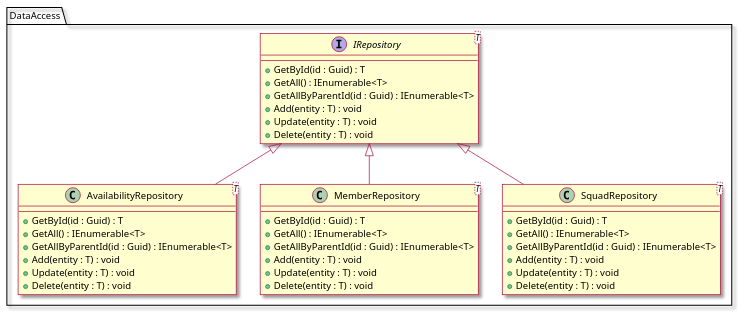
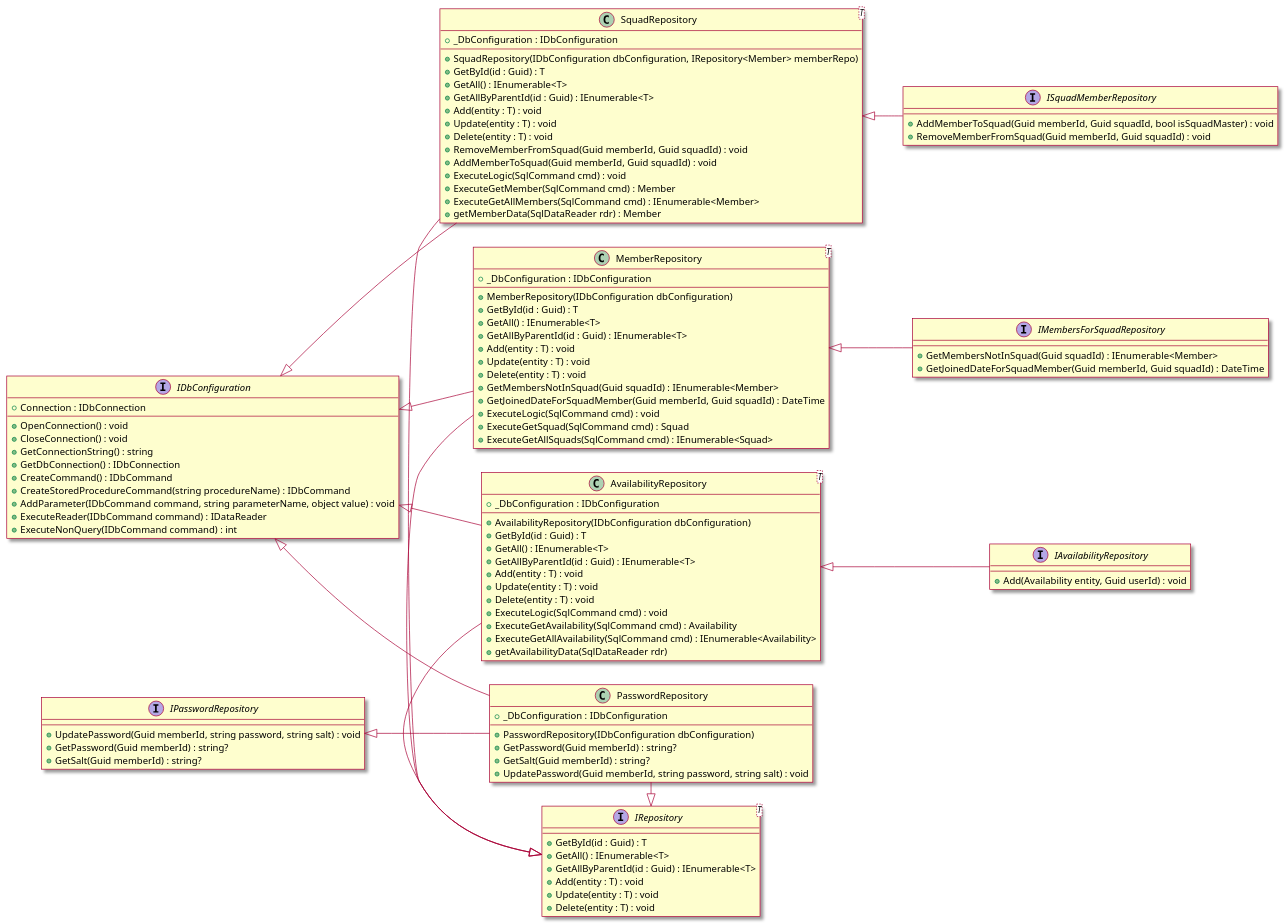
One commit to dhilbmann/ScheduSquad changed the diagram in plantuml/ClassDiagrams/RepositoryClassDiagram.plantuml. Above: the diagram before and after it, drawn with PlantUML. The commit also changed 4 other files, not shown here.

Commit message:
Updates diagrams for final paper

```diff
--- a/plantuml/ClassDiagrams/RepositoryClassDiagram.plantuml
+++ b/plantuml/ClassDiagrams/RepositoryClassDiagram.plantuml
@@ -1,45 +1,118 @@
 @startuml RepositoryClassDiagram
 
 skin rose
+left to right direction
 
-interface DataAccess.IRepository<T> {
+interface IRepository<T> {
     +GetById(id : Guid) : T
     +GetAll() : IEnumerable<T>
     +GetAllByParentId(id : Guid) : IEnumerable<T>
     +Add(entity : T) : void
     +Update(entity : T) : void
     +Delete(entity : T) : void
 }
 
-class DataAccess.AvailabilityRepository<T> {
+interface IPasswordRepository {
+    +UpdatePassword(Guid memberId, string password, string salt) : void
+    +GetPassword(Guid memberId) : string?
+    +GetSalt(Guid memberId) : string? 
+}
+
+interface IDbConfiguration {
+    +Connection : IDbConnection
+    +OpenConnection() : void
+    +CloseConnection() : void
+    +GetConnectionString() : string
+    +GetDbConnection() : IDbConnection
+    +CreateCommand() : IDbCommand
+    +CreateStoredProcedureCommand(string procedureName) : IDbCommand
+    +AddParameter(IDbCommand command, string parameterName, object value) : void
+    +ExecuteReader(IDbCommand command) : IDataReader
+    +ExecuteNonQuery(IDbCommand command) : int
+}
+
+interface IAvailabilityRepository {
+    +Add(Availability entity, Guid userId) : void
+}
+
+interface IMembersForSquadRepository {
+    +GetMembersNotInSquad(Guid squadId) : IEnumerable<Member>
+    +GetJoinedDateForSquadMember(Guid memberId, Guid squadId) : DateTime
+}
+
+interface ISquadMemberRepository {
+    +AddMemberToSquad(Guid memberId, Guid squadId, bool isSquadMaster) : void
+    +RemoveMemberFromSquad(Guid memberId, Guid squadId) : void
+}
+
+class AvailabilityRepository<T> {
+    +_DbConfiguration : IDbConfiguration
+    +AvailabilityRepository(IDbConfiguration dbConfiguration)
     +GetById(id : Guid) : T
     +GetAll() : IEnumerable<T>
     +GetAllByParentId(id : Guid) : IEnumerable<T>
     +Add(entity : T) : void
     +Update(entity : T) : void
     +Delete(entity : T) : void
+    +ExecuteLogic(SqlCommand cmd) : void
+    +ExecuteGetAvailability(SqlCommand cmd) : Availability
+    +ExecuteGetAllAvailability(SqlCommand cmd) : IEnumerable<Availability>
+    +getAvailabilityData(SqlDataReader rdr)
 }
 
-class DataAccess.MemberRepository<T> {
+class MemberRepository<T> {
+    +_DbConfiguration : IDbConfiguration
+    +MemberRepository(IDbConfiguration dbConfiguration)
     +GetById(id : Guid) : T
     +GetAll() : IEnumerable<T>
     +GetAllByParentId(id : Guid) : IEnumerable<T>
     +Add(entity : T) : void
     +Update(entity : T) : void
     +Delete(entity : T) : void
+    +GetMembersNotInSquad(Guid squadId) : IEnumerable<Member>
+    +GetJoinedDateForSquadMember(Guid memberId, Guid squadId) : DateTime
+    +ExecuteLogic(SqlCommand cmd) : void
+    +ExecuteGetSquad(SqlCommand cmd) : Squad
+    +ExecuteGetAllSquads(SqlCommand cmd) : IEnumerable<Squad>
+
 }
 
-class DataAccess.SquadRepository<T> {
+class SquadRepository<T> {
+    +_DbConfiguration : IDbConfiguration
+    +SquadRepository(IDbConfiguration dbConfiguration, IRepository<Member> memberRepo)
     +GetById(id : Guid) : T
     +GetAll() : IEnumerable<T>
     +GetAllByParentId(id : Guid) : IEnumerable<T>
     +Add(entity : T) : void
     +Update(entity : T) : void
     +Delete(entity : T) : void
+    +RemoveMemberFromSquad(Guid memberId, Guid squadId) : void
+    +AddMemberToSquad(Guid memberId, Guid squadId) : void
+    +ExecuteLogic(SqlCommand cmd) : void
+    +ExecuteGetMember(SqlCommand cmd) : Member
+    +ExecuteGetAllMembers(SqlCommand cmd) : IEnumerable<Member>
+    +getMemberData(SqlDataReader rdr) : Member
 }
 
-DataAccess.IRepository <|-- DataAccess.SquadRepository
-DataAccess.IRepository <|-- DataAccess.MemberRepository
-DataAccess.IRepository <|-- DataAccess.AvailabilityRepository
+class PasswordRepository {
+    +_DbConfiguration : IDbConfiguration
+    +PasswordRepository(IDbConfiguration dbConfiguration)
+    +GetPassword(Guid memberId) : string?
+    +GetSalt(Guid memberId) : string?
+    +UpdatePassword(Guid memberId, string password, string salt) : void
+}
+
+IRepository <|-l- SquadRepository
+IRepository <|-l- MemberRepository
+IRepository <|-l- AvailabilityRepository
+IRepository <|-l- PasswordRepository
+IDbConfiguration <|-d- MemberRepository
+IDbConfiguration <|-d- PasswordRepository
+IDbConfiguration <|-d- AvailabilityRepository
+IDbConfiguration <|-d- SquadRepository
+PasswordRepository -u-|> IPasswordRepository
+IAvailabilityRepository -u-|> AvailabilityRepository
+IMembersForSquadRepository -u-|> MemberRepository
+ISquadMemberRepository -u-|> SquadRepository
 
 @enduml
```
